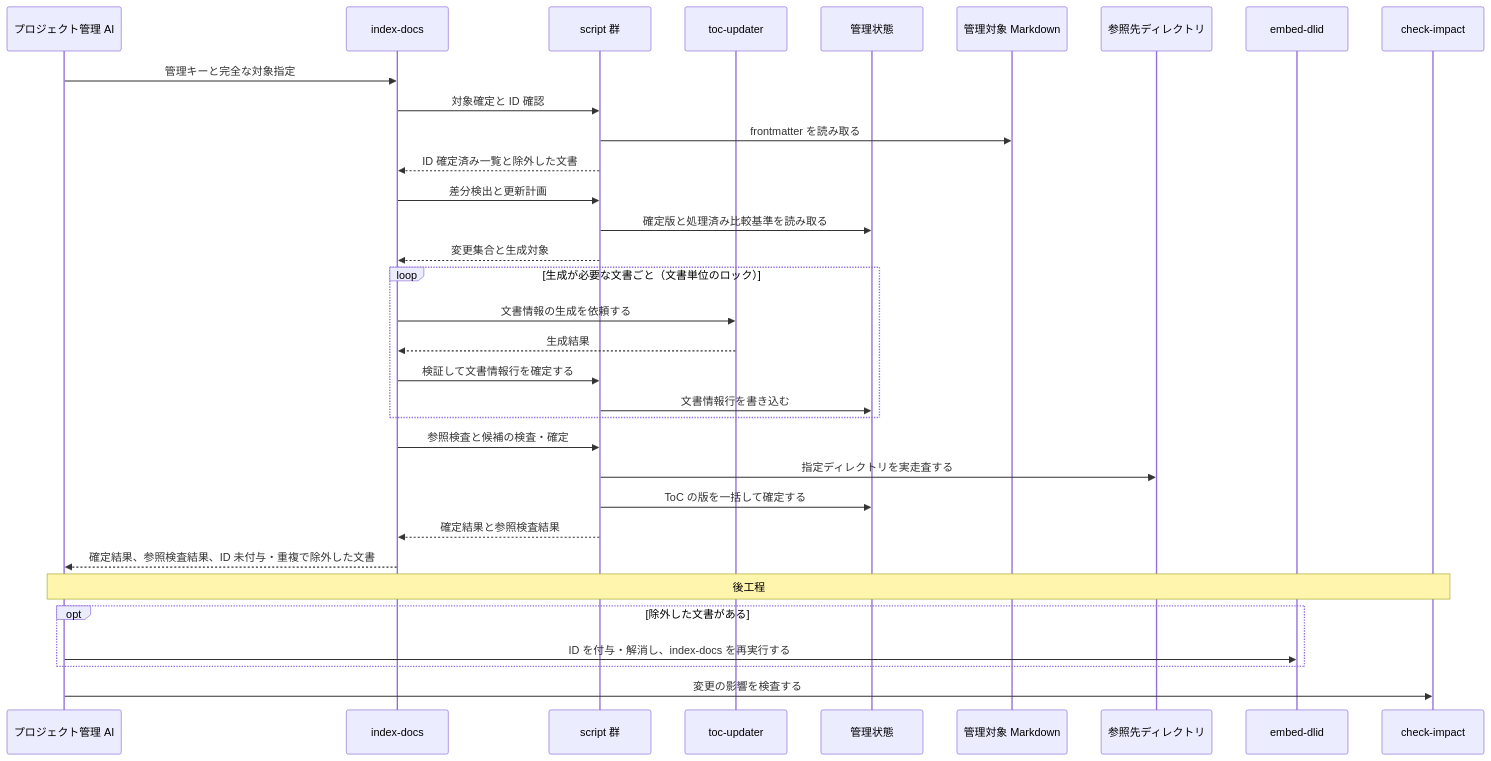
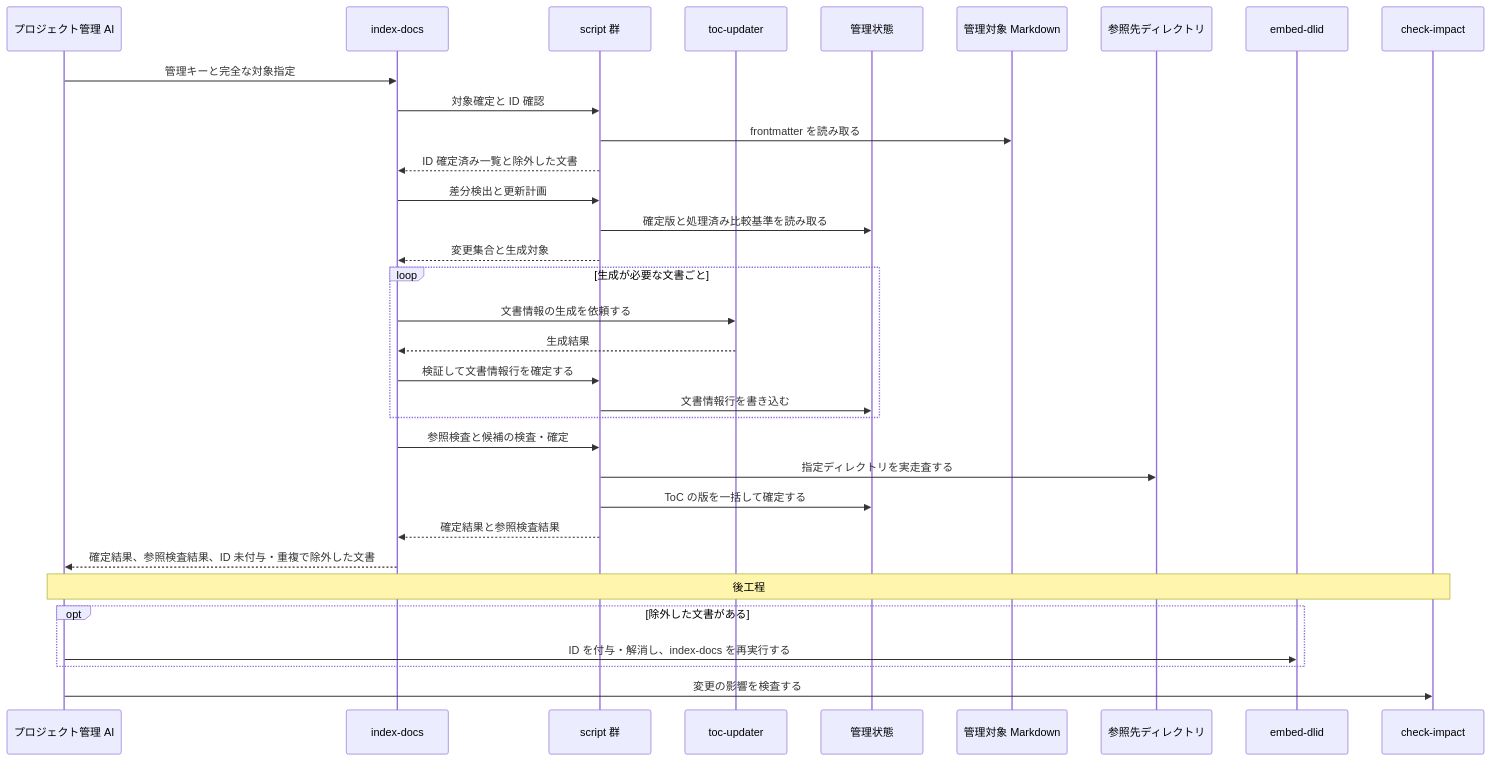
The third of 8 diagrams in docs/specs/design/DES-010-skill-composition.md (BlueEventHorizon/doc-link), drawn with Mermaid before and after one commit. The commit also changed other lines of this file and 15 other files, not shown here.

````diff
--- a/docs/specs/design/DES-010-skill-composition.md
+++ b/docs/specs/design/DES-010-skill-composition.md
@@ -159,36 +159,36 @@
 ```mermaid
 sequenceDiagram
     participant PM as プロジェクト管理 AI
     participant Skill as index-docs
     participant Scripts as script 群
     participant Agent as toc-updater
     participant DB as 管理状態
     participant Docs as 管理対象 Markdown
     participant RefDirs as 参照先ディレクトリ
     participant Embed as embed-dlid
     participant Impact as check-impact
 
     PM->>Skill: 管理キーと完全な対象指定
     Skill->>Scripts: 対象確定と ID 確認
     Scripts->>Docs: frontmatter を読み取る
     Scripts-->>Skill: ID 確定済み一覧と除外した文書
     Skill->>Scripts: 差分検出と更新計画
     Scripts->>DB: 確定版と処理済み比較基準を読み取る
     Scripts-->>Skill: 変更集合と生成対象
-    loop 生成が必要な文書ごと（文書単位のロック）
+    loop 生成が必要な文書ごと
         Skill->>Agent: 文書情報の生成を依頼する
         Agent-->>Skill: 生成結果
         Skill->>Scripts: 検証して文書情報行を確定する
         Scripts->>DB: 文書情報行を書き込む
     end
     Skill->>Scripts: 参照検査と候補の検査・確定
     Scripts->>RefDirs: 指定ディレクトリを実走査する
     Scripts->>DB: ToC の版を一括して確定する
     Scripts-->>Skill: 確定結果と参照検査結果
     Skill-->>PM: 確定結果、参照検査結果、ID 未付与・重複で除外した文書
     Note over PM,Impact: 後工程
     opt 除外した文書がある
         PM->>Embed: ID を付与・解消し、index-docs を再実行する
     end
     PM->>Impact: 変更の影響を検査する
 ```
````
